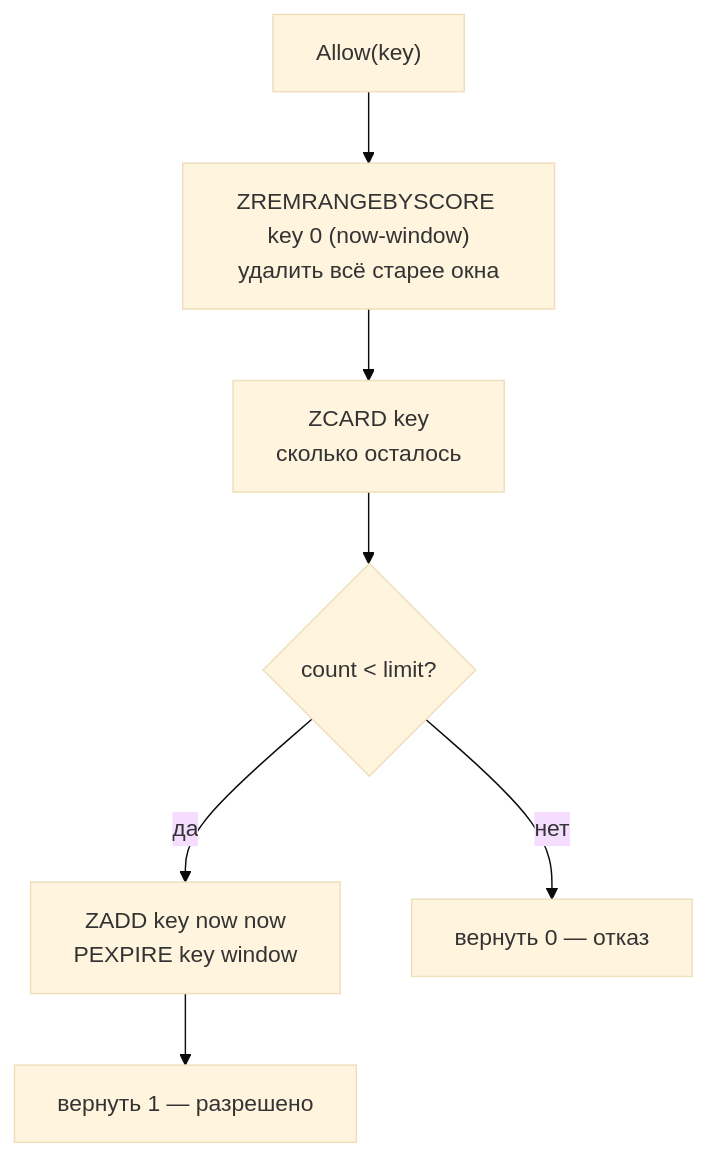
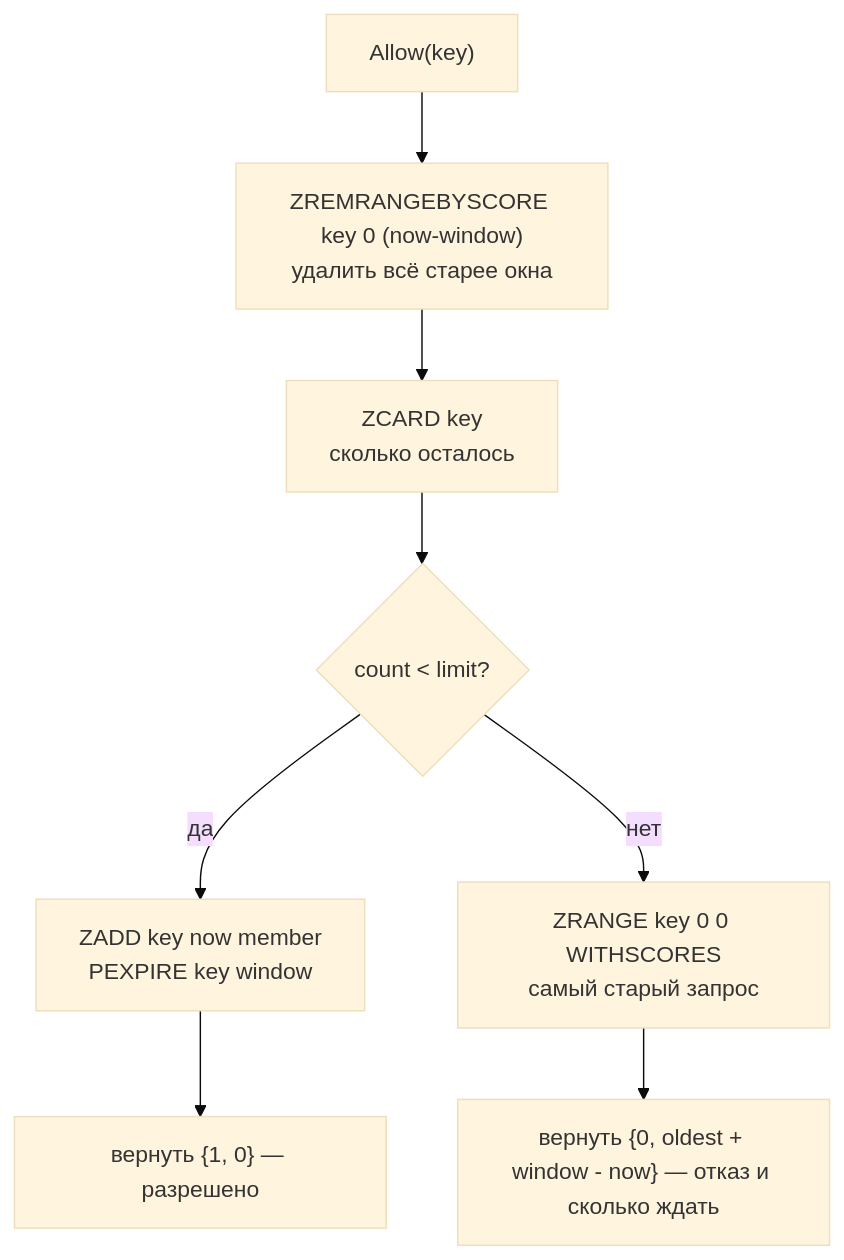
One commit to YagorX/shop-gateway-service changed the diagram in internal/ratelimit/README.md. Above: the diagram before and after it, drawn with Mermaid (base theme). The commit also changed other lines of this file and 8 other files, not shown here.

````diff
--- a/internal/ratelimit/README.md
+++ b/internal/ratelimit/README.md
@@ -18,9 +20,10 @@
 ```mermaid
 flowchart TD
     A["Allow(key)"] --> B["ZREMRANGEBYSCORE key 0 (now-window)<br/>удалить всё старее окна"]
     B --> C["ZCARD key<br/>сколько осталось"]
     C --> D{"count < limit?"}
-    D -->|да| E["ZADD key now now<br/>PEXPIRE key window"]
-    E --> F["вернуть 1 — разрешено"]
-    D -->|нет| G["вернуть 0 — отказ"]
+    D -->|да| E["ZADD key now member<br/>PEXPIRE key window"]
+    E --> F["вернуть {1, 0} — разрешено"]
+    D -->|нет| G["ZRANGE key 0 0 WITHSCORES<br/>самый старый запрос"]
+    G --> H["вернуть {0, oldest + window - now} — отказ и сколько ждать"]
 ```
````
